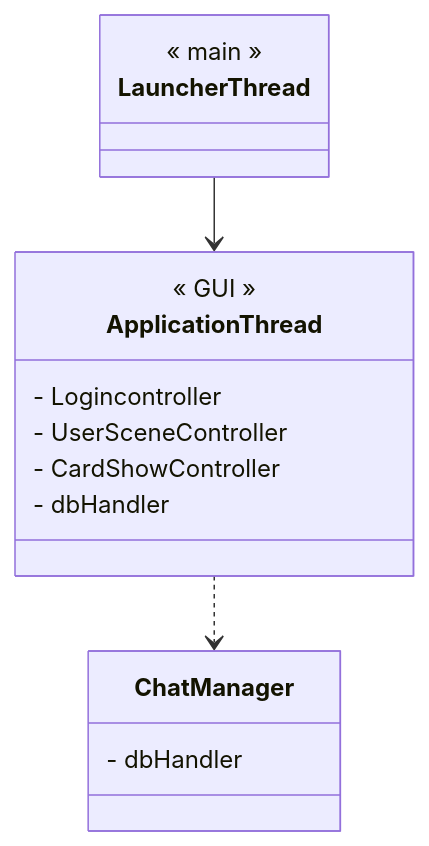
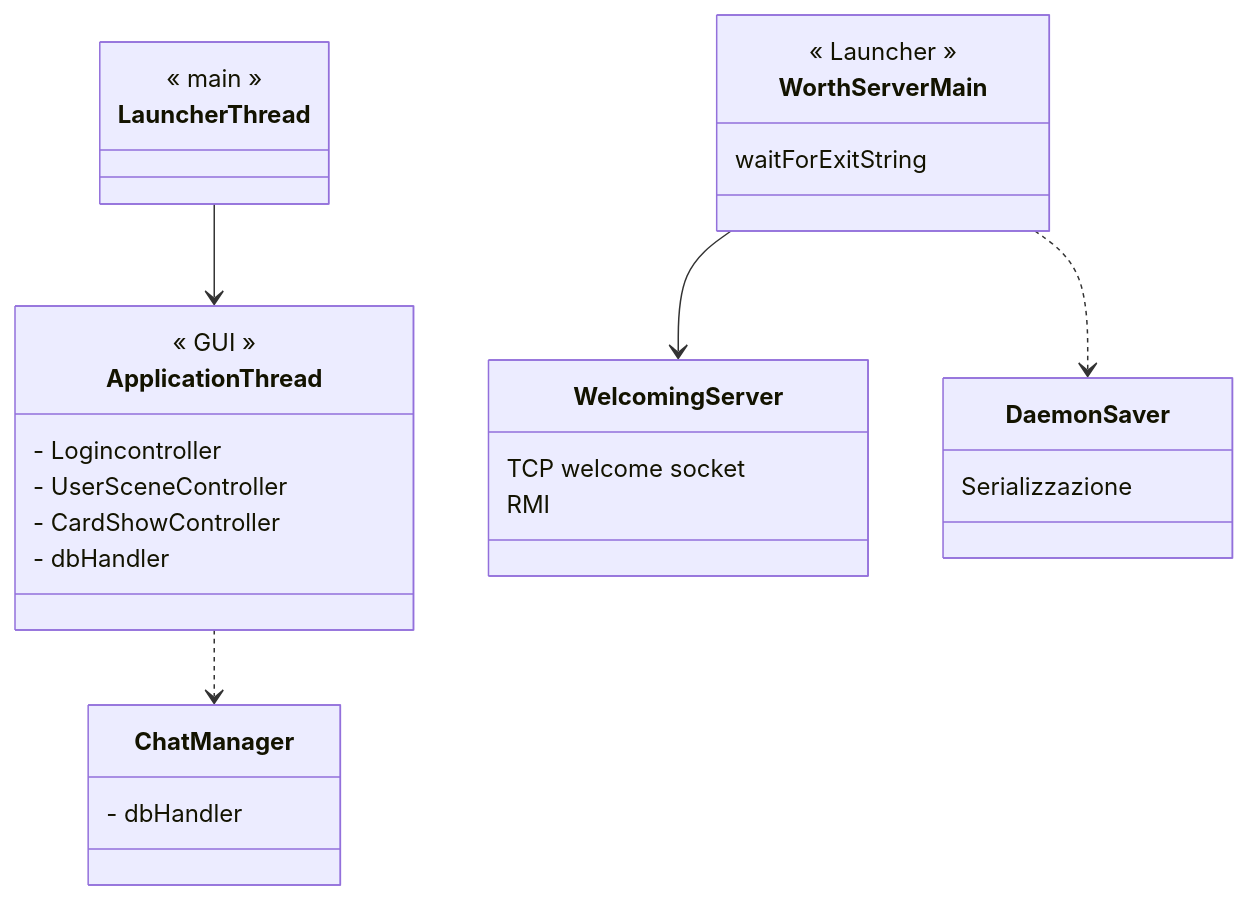
Before and after one commit to Wander29/Reti_esercizi.2020: the first of 2 diagrams in GORP/Progetto_relazione_beta.md, drawn with Mermaid. The commit also changed other lines of this file and 16 other files, not shown here.

````diff
--- a/GORP/Progetto_relazione_beta.md
+++ b/GORP/Progetto_relazione_beta.md
@@ -128,26 +111,42 @@
 ```mermaid
 
 classDiagram
 	class LauncherThread{ 
 	<< main >> }
 	
 	class ApplicationThread {
     	- Logincontroller
     	- UserSceneController
     	- CardShowController
     	
     	- dbHandler
     	
     	<< GUI >>
     }
     
     class ChatManager {
     	- dbHandler	
     }
 		
 	
 	
 	LauncherThread-->ApplicationThread
 	ApplicationThread..>ChatManager
 	
+	class WorthServerMain{
+		<< Launcher >>
+		waitForExitString
+	}
+	
+	class WelcomingServer {
+		TCP welcome socket
+		RMI
+	}
+	
+	class DaemonSaver {
+		Serializzazione
+	}
+	
+	WorthServerMain-->WelcomingServer
+	WorthServerMain..>DaemonSaver
 ```
````
